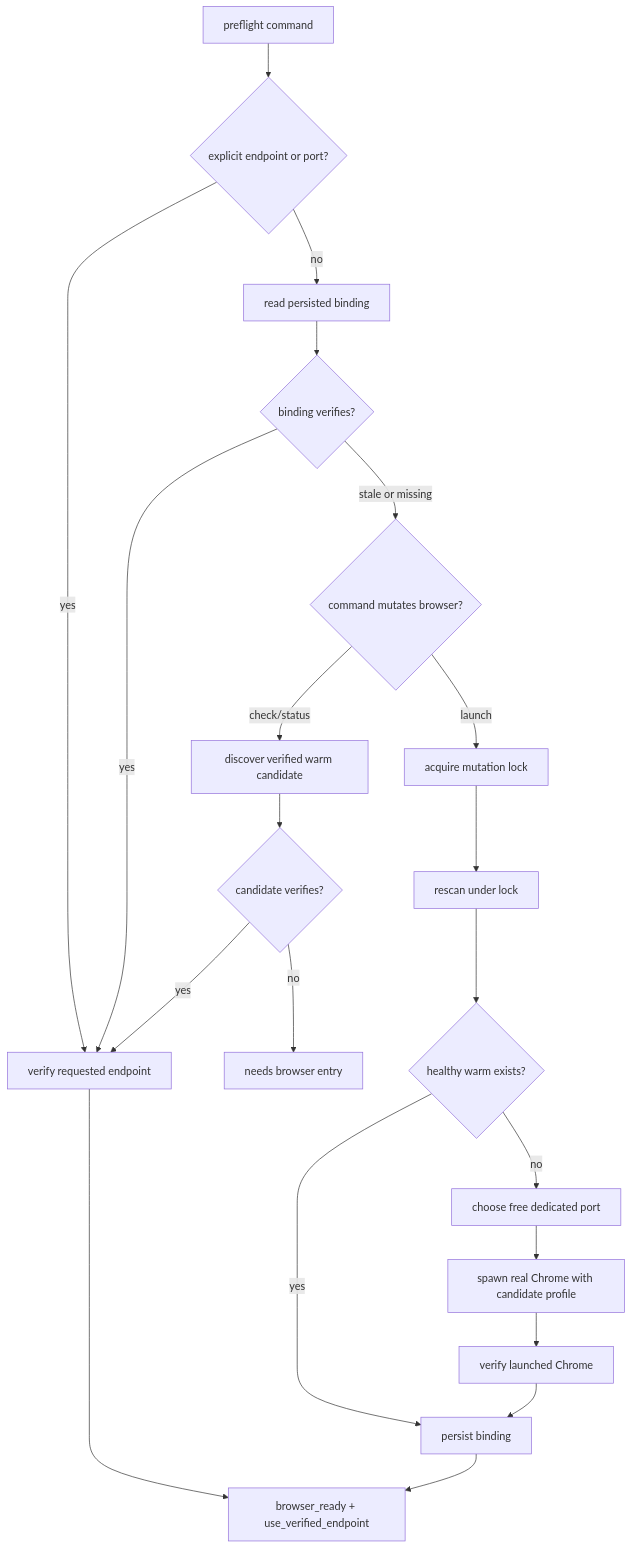
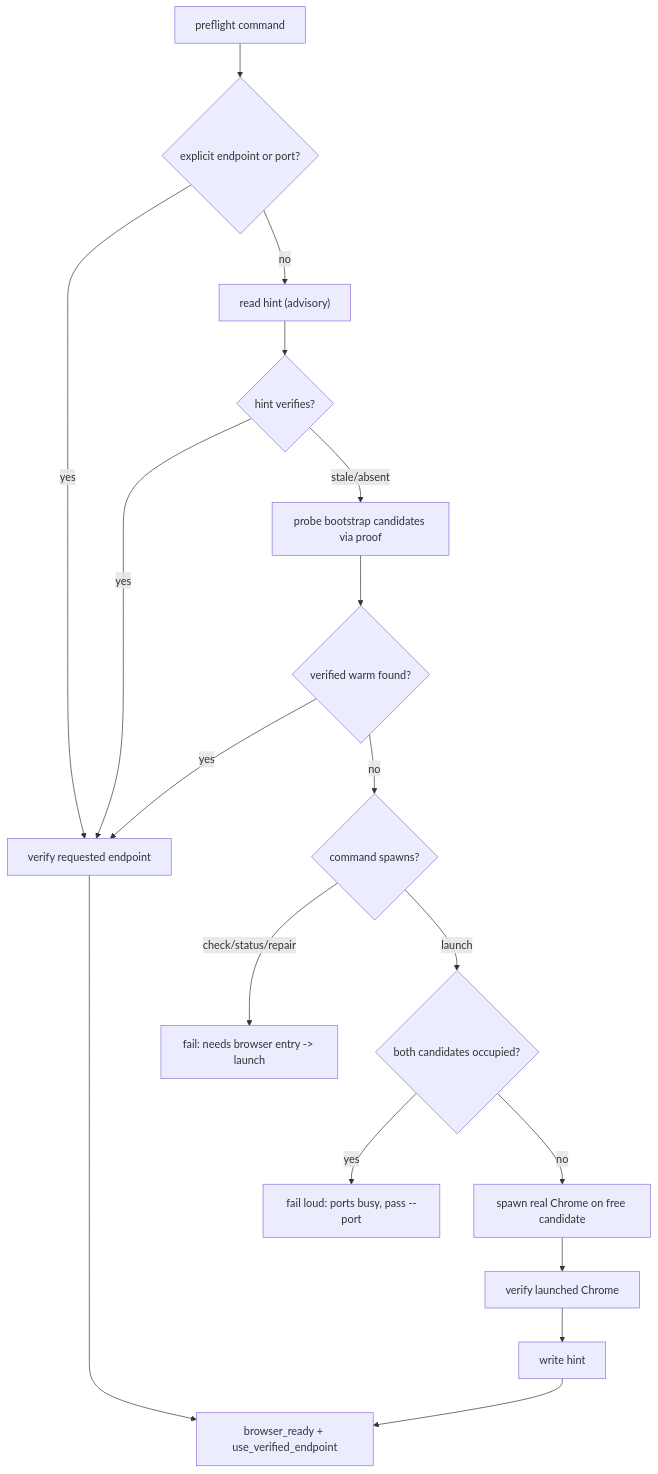
The diagram in docs/plans/2026-06-01-003-fix-warm-chrome-port-lifecycle-plan.md (nathanvale/claude-code-config), drawn with Mermaid before and after one commit. The commit also changed other lines of this file, not shown here.

````diff
--- a/docs/plans/2026-06-01-003-fix-warm-chrome-port-lifecycle-plan.md
+++ b/docs/plans/2026-06-01-003-fix-warm-chrome-port-lifecycle-plan.md
@@ -134,23 +122,20 @@
 ```mermaid
 flowchart TB
   START["preflight command"] --> EXPLICIT{"explicit endpoint or port?"}
-  EXPLICIT -->|yes| VERIFY_READ["verify requested endpoint"]
-  EXPLICIT -->|no| READ["read persisted binding"]
-  READ --> BOUND{"binding verifies?"}
-  BOUND -->|yes| VERIFY_READ
-  BOUND -->|stale or missing| COMMAND{"command mutates browser?"}
-  COMMAND -->|check/status| DISCOVER["discover verified warm candidate"]
-  COMMAND -->|launch| LOCK["acquire mutation lock"]
-  DISCOVER --> FOUND{"candidate verifies?"}
-  FOUND -->|yes| VERIFY_READ
-  FOUND -->|no| ERROR["needs browser entry"]
-  LOCK --> RESCAN["rescan under lock"]
-  RESCAN --> REUSE{"healthy warm exists?"}
-  REUSE -->|yes| CLAIM
-  REUSE -->|no| ALLOCATE["choose free dedicated port"]
-  ALLOCATE --> SPAWN["spawn real Chrome with candidate profile"]
-  SPAWN --> VERIFY_LAUNCH["verify launched Chrome"]
-  VERIFY_LAUNCH --> CLAIM["persist binding"]
-  VERIFY_READ --> OK["browser_ready + use_verified_endpoint"]
-  CLAIM --> OK
+  EXPLICIT -->|yes| VERIFY["verify requested endpoint"]
+  EXPLICIT -->|no| HINT["read hint (advisory)"]
+  HINT --> HINTOK{"hint verifies?"}
+  HINTOK -->|yes| VERIFY
+  HINTOK -->|stale/absent| DISCOVER["probe bootstrap candidates via proof"]
+  DISCOVER --> FOUND{"verified warm found?"}
+  FOUND -->|yes| VERIFY
+  FOUND -->|no| MUTATES{"command spawns?"}
+  MUTATES -->|check/status/repair| ERROR["fail: needs browser entry -> launch"]
+  MUTATES -->|launch| OCCUPIED{"both candidates occupied?"}
+  OCCUPIED -->|yes| FAILLOUD["fail loud: ports busy, pass --port"]
+  OCCUPIED -->|no| SPAWN["spawn real Chrome on free candidate"]
+  SPAWN --> PROVE["verify launched Chrome"]
+  PROVE --> WRITEHINT["write hint"]
+  VERIFY --> OK["browser_ready + use_verified_endpoint"]
+  WRITEHINT --> OK
 ```
````
